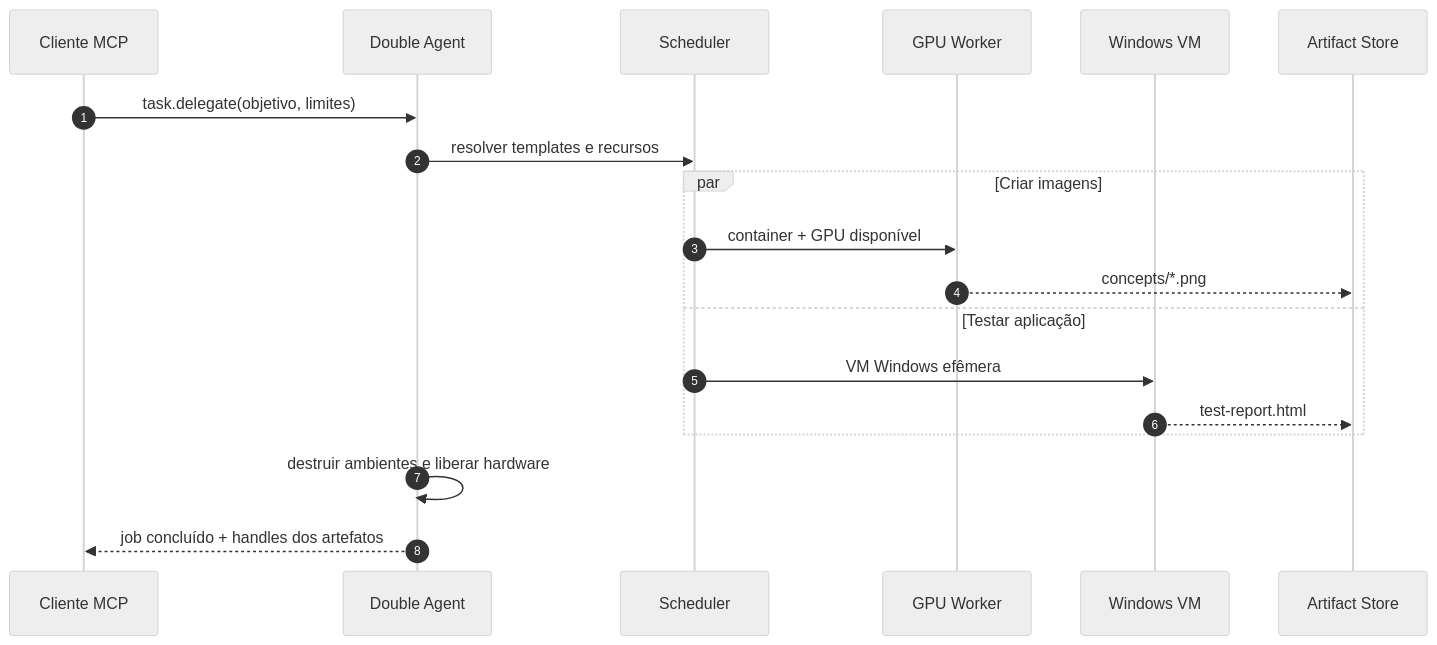
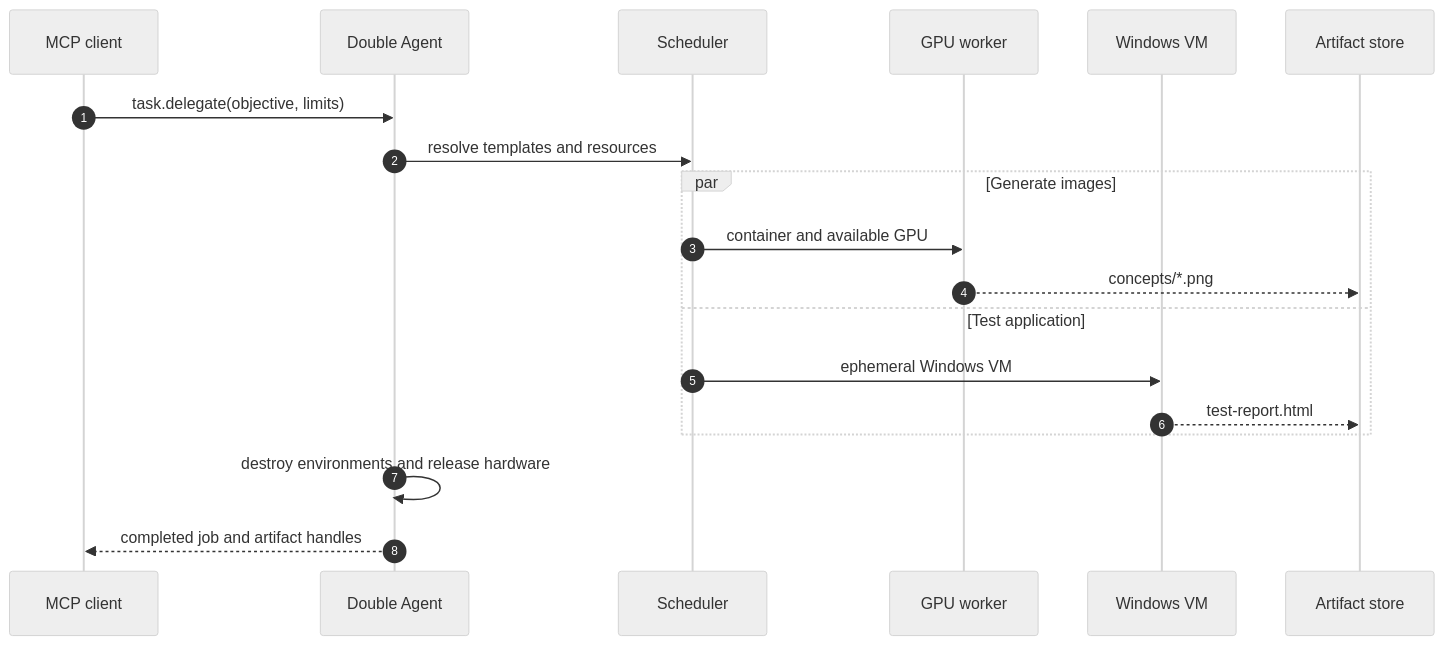
The third of 6 diagrams in README.md (zarigata/double-agent), drawn with Mermaid (neutral theme) before and after one commit. The commit also changed other lines of this file and 29 other files, not shown here.

````diff
--- a/README.md
+++ b/README.md
@@ -166,22 +146,21 @@
 ```mermaid
 sequenceDiagram
     autonumber
-    participant C as Cliente MCP
+    participant C as MCP client
     participant D as Double Agent
     participant S as Scheduler
-    participant G as GPU Worker
+    participant G as GPU worker
     participant W as Windows VM
-    participant A as Artifact Store
-
-    C->>D: task.delegate(objetivo, limites)
-    D->>S: resolver templates e recursos
-    par Criar imagens
-        S->>G: container + GPU disponível
+    participant A as Artifact store
+    C->>D: task.delegate(objective, limits)
+    D->>S: resolve templates and resources
+    par Generate images
+        S->>G: container and available GPU
         G-->>A: concepts/*.png
-    and Testar aplicação
-        S->>W: VM Windows efêmera
+    and Test application
+        S->>W: ephemeral Windows VM
         W-->>A: test-report.html
     end
-    D->>D: destruir ambientes e liberar hardware
-    D-->>C: job concluído + handles dos artefatos
+    D->>D: destroy environments and release hardware
+    D-->>C: completed job and artifact handles
 ```
````
